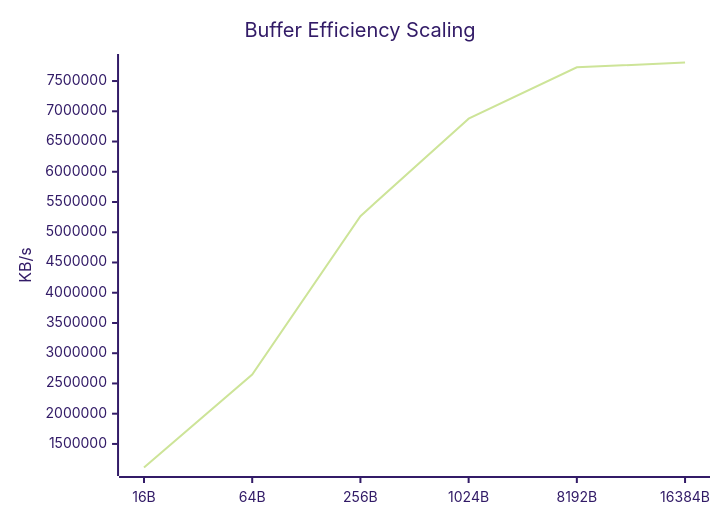
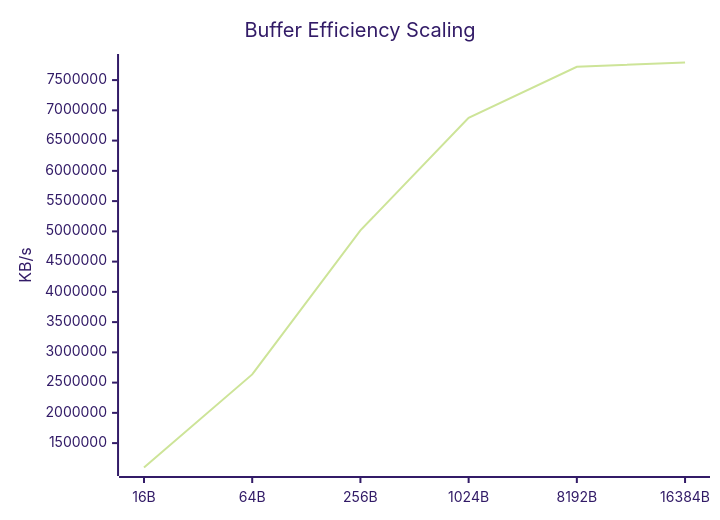
The eighth of 9 diagrams in docs/Comparison_Report.md (taha2samy/openssl_fips), drawn with Mermaid (forest theme) before and after one commit. The commit also changed other lines of this file and 2 other files, not shown here.

````diff
--- a/docs/Comparison_Report.md
+++ b/docs/Comparison_Report.md
@@ -118,7 +118,7 @@
 ```mermaid
 xychart-beta
     title "Buffer Efficiency Scaling"
     x-axis [16B, 64B, 256B, 1024B, 8192B, 16384B]
     y-axis "KB/s"
-    line [1110463.7, 2647072.61, 5266440.19, 6877350.4, 7726399.49, 7806517.25]
+    line [1096901.38, 2635203.71, 5015989.89, 6877597.18, 7719440.38, 7790903.3]
 ```
````
